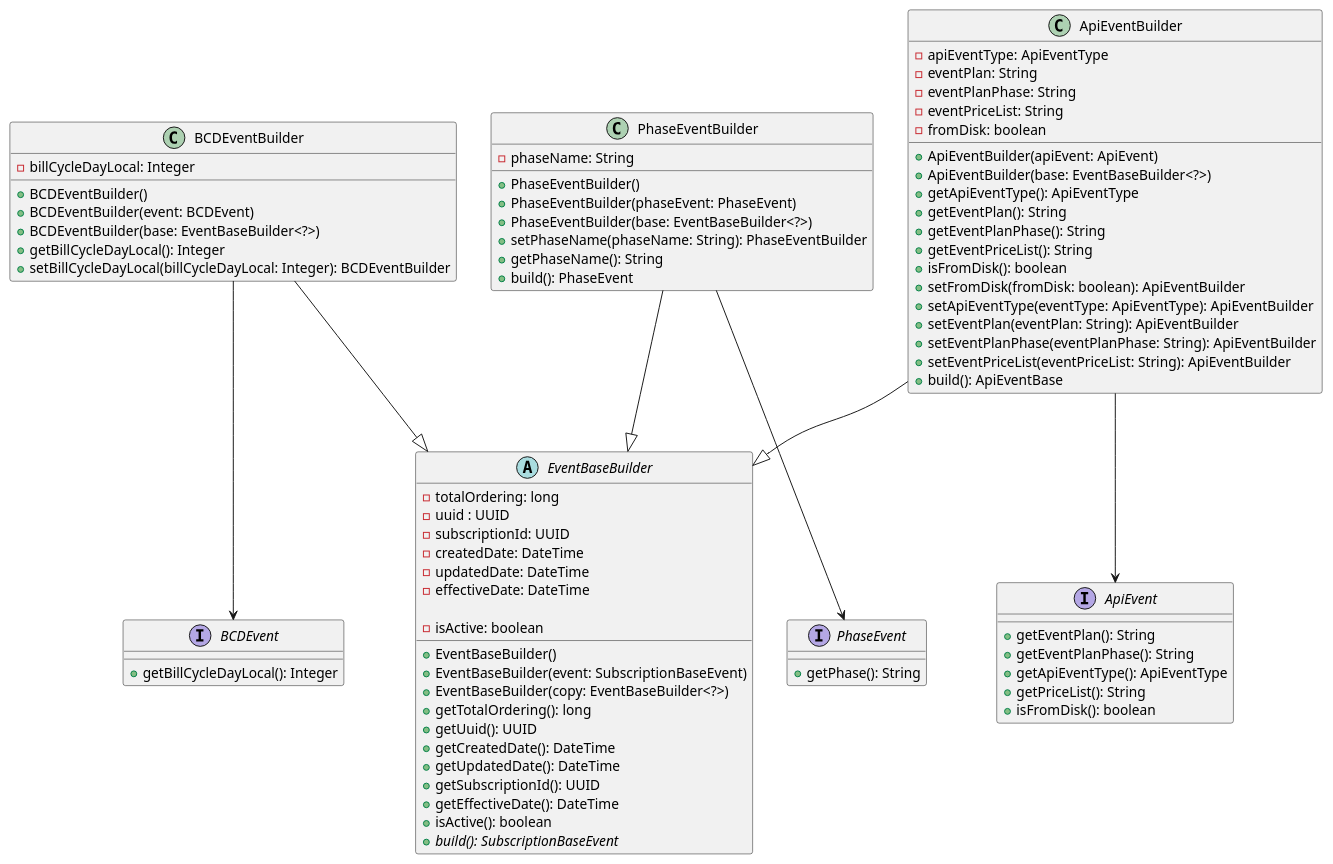
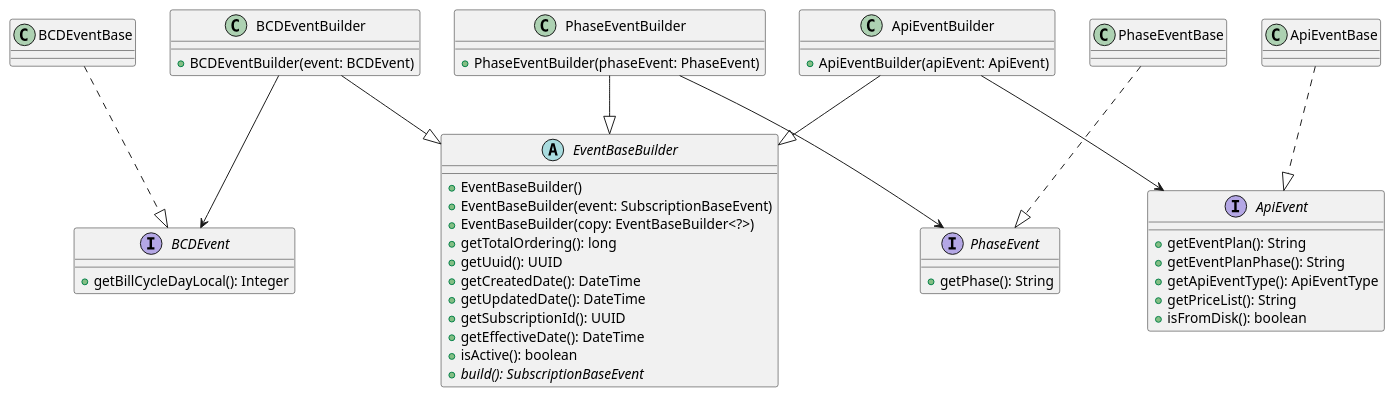
The diagram in UML/builder.puml (Apizz789/Kill_Bill_Project_SoftArch), drawn with PlantUML before and after one commit. The commit also changed 9 other files, not shown here.

Commit message:
upload UML

```diff
--- a/UML/builder.puml
+++ b/UML/builder.puml
@@ -1,94 +1,56 @@
 @startuml
-
 ApiEventBuilder --|> EventBaseBuilder
 BCDEventBuilder --|> EventBaseBuilder
 PhaseEventBuilder --|> EventBaseBuilder
 
 ApiEventBuilder --> ApiEvent
 BCDEventBuilder --> BCDEvent
 PhaseEventBuilder --> PhaseEvent
 
+ApiEventBase ..|> ApiEvent
+BCDEventBase ..|> BCDEvent
+PhaseEventBase ..|> PhaseEvent
+
+
 abstract class EventBaseBuilder{
-  - totalOrdering: long
-  - uuid : UUID  
-  - subscriptionId: UUID  
-  - createdDate: DateTime  
-  - updatedDate: DateTime   
-  - effectiveDate: DateTime  
-
-  - isActive: boolean 
-
   + EventBaseBuilder()
   + EventBaseBuilder(event: SubscriptionBaseEvent)
   + EventBaseBuilder(copy: EventBaseBuilder<?>)
   + getTotalOrdering(): long
   + getUuid(): UUID
   + getCreatedDate(): DateTime
   + getUpdatedDate(): DateTime
   + getSubscriptionId(): UUID
   + getEffectiveDate(): DateTime
   + isActive(): boolean
   + {abstract} build(): SubscriptionBaseEvent
-
 }
 
 class ApiEventBuilder {
-  - apiEventType: ApiEventType
-  - eventPlan: String 
-  - eventPlanPhase: String 
-  - eventPriceList: String 
-  - fromDisk: boolean 
-
   + ApiEventBuilder(apiEvent: ApiEvent)
-  + ApiEventBuilder(base: EventBaseBuilder<?>)
-  + getApiEventType(): ApiEventType 
-  + getEventPlan(): String
-  + getEventPlanPhase(): String
-  + getEventPriceList(): String 
-  + isFromDisk(): boolean
-  + setFromDisk(fromDisk: boolean): ApiEventBuilder
-  + setApiEventType(eventType: ApiEventType): ApiEventBuilder
-  + setEventPlan(eventPlan: String): ApiEventBuilder
-  + setEventPlanPhase(eventPlanPhase: String): ApiEventBuilder
-  + setEventPriceList(eventPriceList: String): ApiEventBuilder
-  + build(): ApiEventBase
 }
 
 class BCDEventBuilder {
-  - billCycleDayLocal: Integer
-
-  + BCDEventBuilder()
   + BCDEventBuilder(event: BCDEvent) 
-  + BCDEventBuilder(base: EventBaseBuilder<?>)
-  + getBillCycleDayLocal(): Integer
-  + setBillCycleDayLocal(billCycleDayLocal: Integer): BCDEventBuilder
 }
 
 class PhaseEventBuilder {
-  - phaseName: String 
-
-  + PhaseEventBuilder()
   + PhaseEventBuilder(phaseEvent: PhaseEvent)
-  + PhaseEventBuilder(base: EventBaseBuilder<?>)
-  + setPhaseName(phaseName: String): PhaseEventBuilder
-  + getPhaseName(): String
-  + build(): PhaseEvent 
 }
 
 interface BCDEvent {
   + getBillCycleDayLocal(): Integer 
 }
 
 interface ApiEvent {
   + getEventPlan(): String
   + getEventPlanPhase(): String
   + getApiEventType(): ApiEventType
   + getPriceList(): String
   + isFromDisk(): boolean
 }
 
 interface PhaseEvent {
   + getPhase(): String
 }
-
 @enduml
```
